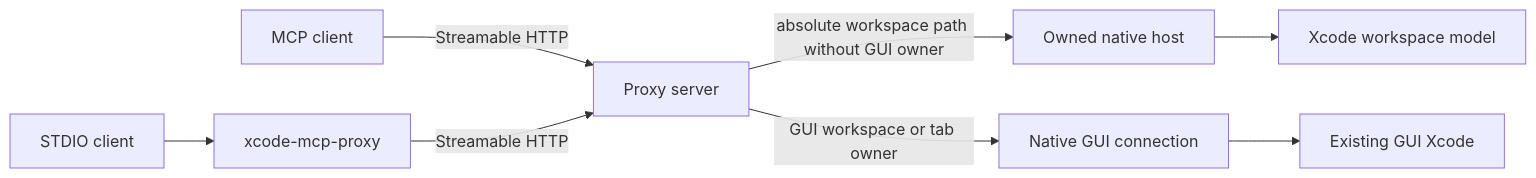
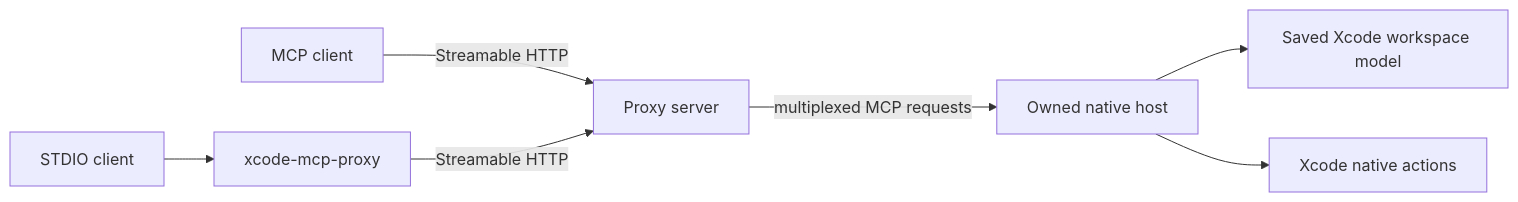
One commit to lynnswap/XcodeMCPKit changed the diagram in Docs/architecture.md. Above: the diagram before and after it, drawn with Mermaid. The commit also changed other lines of this file and 27 other files, not shown here.

Commit message:
refactor: finish headless catalog and verifier flow

````diff
--- a/Docs/architecture.md
+++ b/Docs/architecture.md
@@ -12,10 +9,9 @@
 ```mermaid
 flowchart LR
   client["MCP client"] -->|"Streamable HTTP"| proxy["Proxy server"]
   stdio["STDIO client"] --> adapter["xcode-mcp-proxy"]
   adapter -->|"Streamable HTTP"| proxy
-  proxy -->|"absolute workspace path without GUI owner"| host["Owned native host"]
-  proxy -->|"GUI workspace or tab owner"| gui["Native GUI connection"]
-  host --> model["Xcode workspace model"]
-  gui --> app["Existing GUI Xcode"]
+  proxy -->|"multiplexed MCP requests"| host["Owned native host"]
+  host --> model["Saved Xcode workspace model"]
+  host --> actions["Xcode native actions"]
 ```
````
